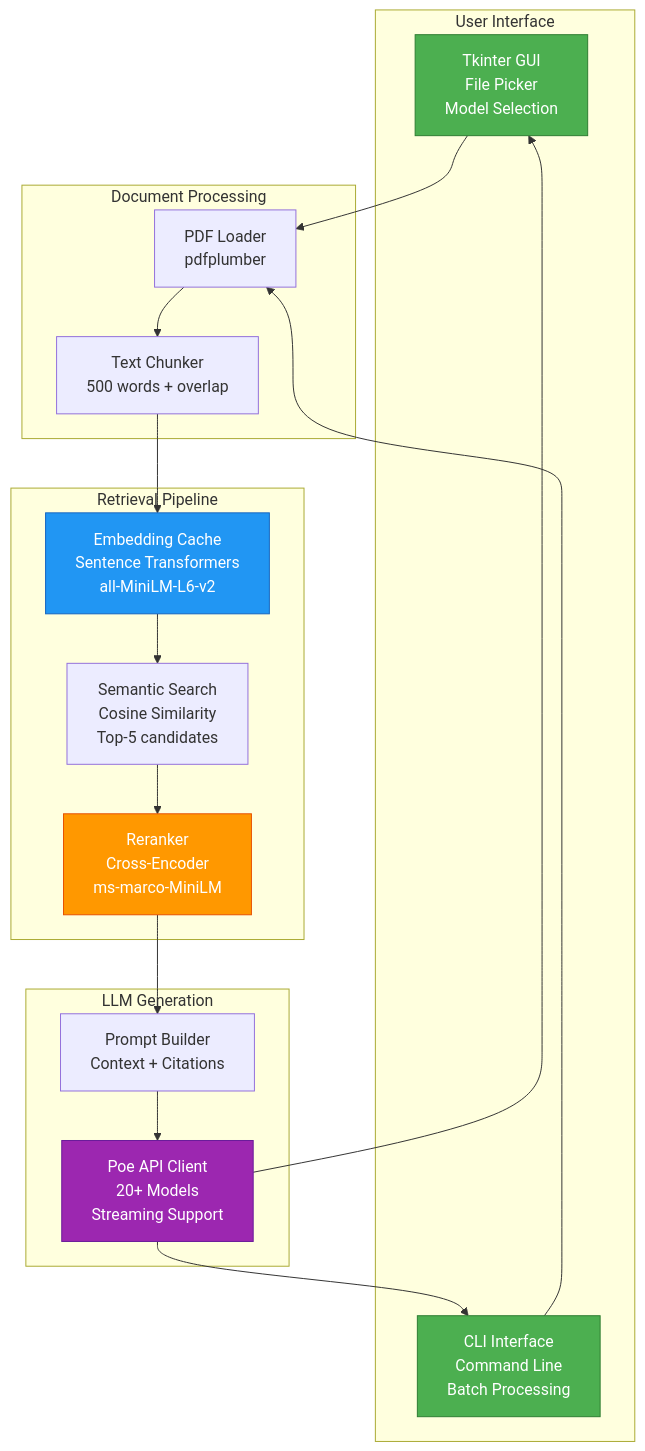
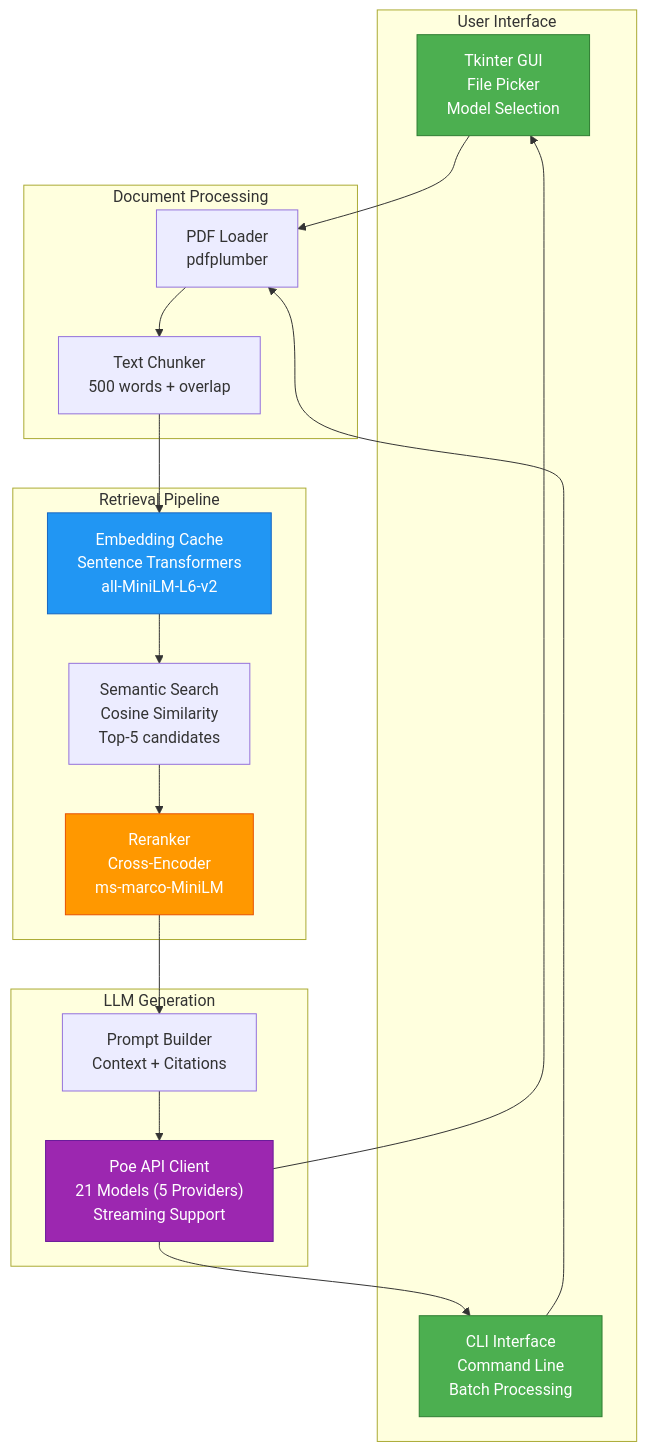
One commit to wedsamuel1230/feeding-llm-pdf-test changed the first of 2 diagrams in README.md. Above: the diagram before and after it, drawn with Mermaid. The commit also changed other lines of this file and 7 other files, not shown here.

````diff
--- a/README.md
+++ b/README.md
@@ -36,41 +36,41 @@
 ```mermaid
 flowchart TB
     subgraph "User Interface"
         GUI["Tkinter GUI<br/>File Picker<br/>Model Selection"]
         CLI["CLI Interface<br/>Command Line<br/>Batch Processing"]
     end
     
     subgraph "Document Processing"
         PDF["PDF Loader<br/>pdfplumber"]
         CHUNK["Text Chunker<br/>500 words + overlap"]
         PDF --> CHUNK
     end
     
     subgraph "Retrieval Pipeline"
         EMB["Embedding Cache<br/>Sentence Transformers<br/>all-MiniLM-L6-v2"]
         SEARCH["Semantic Search<br/>Cosine Similarity<br/>Top-5 candidates"]
         RERANK["Reranker<br/>Cross-Encoder<br/>ms-marco-MiniLM"]
         
         SEARCH --> RERANK
     end
     
     subgraph "LLM Generation"
-        POE["Poe API Client<br/>20+ Models<br/>Streaming Support"]
+        POE["Poe API Client<br/>21 Models (5 Providers)<br/>Streaming Support"]
         PROMPT["Prompt Builder<br/>Context + Citations"]
         
         PROMPT --> POE
     end
     
     GUI & CLI --> PDF
     CHUNK --> EMB
     EMB --> SEARCH
     RERANK --> PROMPT
     POE --> GUI
     POE --> CLI
     
     style GUI fill:#4CAF50,stroke:#2E7D32,color:#fff
     style CLI fill:#4CAF50,stroke:#2E7D32,color:#fff
     style EMB fill:#2196F3,stroke:#1565C0,color:#fff
     style RERANK fill:#FF9800,stroke:#E65100,color:#fff
     style POE fill:#9C27B0,stroke:#6A1B9A,color:#fff
 ```
````
